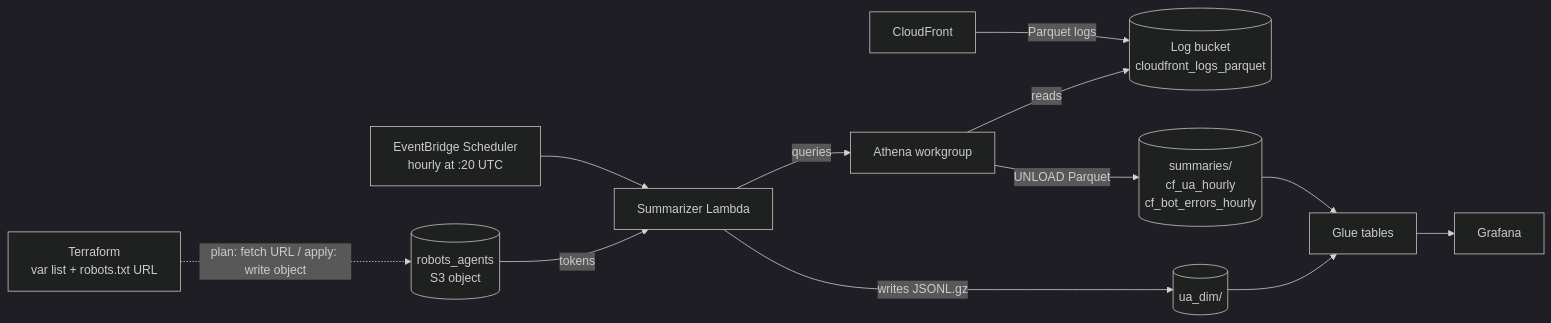
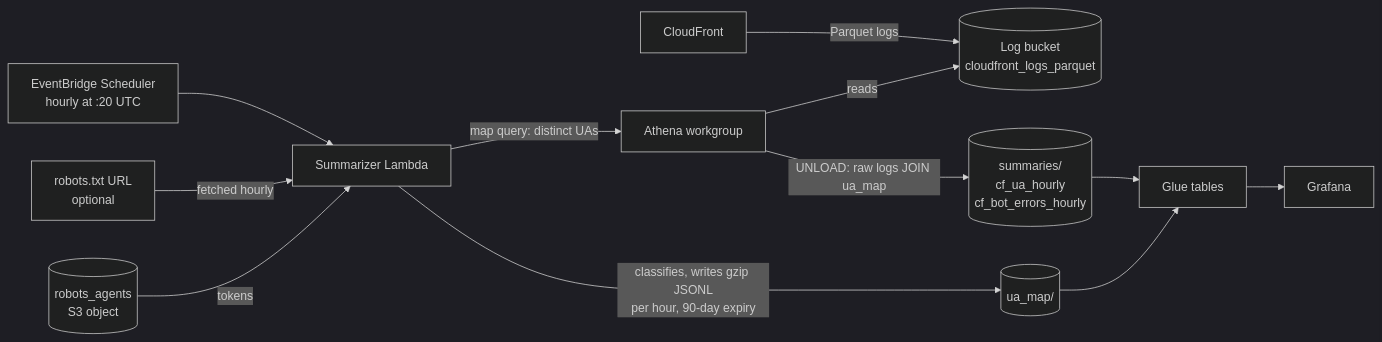
One commit to tx-pts-dai/terraform-aws-cloudfront-logs-analyzer changed the second of 2 diagrams in README.md. Above: the diagram before and after it, drawn with Mermaid (dark theme). The commit also changed other lines of this file and 9 other files, not shown here.

````diff
--- a/README.md
+++ b/README.md
@@ -182,14 +183,14 @@
 ```mermaid
 flowchart LR
   CF[CloudFront] -->|Parquet logs| Logs[(Log bucket<br>cloudfront_logs_parquet)]
   Sched[EventBridge Scheduler<br>hourly at :20 UTC] --> Fn[Summarizer Lambda]
-  Fn -->|queries| Ath[Athena workgroup]
+  Web[robots.txt URL<br>optional] -->|fetched hourly| Fn
+  Robots[(robots_agents<br>S3 object)] -->|tokens| Fn
+  Fn -->|map query: distinct UAs| Ath[Athena workgroup]
   Ath -->|reads| Logs
-  Robots[(robots_agents<br>S3 object)] -->|tokens| Fn
-  TF[Terraform<br>var list + robots.txt URL] -.->|plan: fetch URL / apply: write object| Robots
-  Fn -->|writes JSONL.gz| UA[(ua_dim/)]
-  Ath -->|UNLOAD Parquet| Sum[(summaries/<br>cf_ua_hourly<br>cf_bot_errors_hourly)]
-  UA --> Glue[Glue tables]
+  Fn -->|classifies, writes gzip JSONL<br>per hour, 90-day expiry| Map[(ua_map/)]
+  Ath -->|UNLOAD: raw logs JOIN ua_map| Sum[(summaries/<br>cf_ua_hourly<br>cf_bot_errors_hourly)]
+  Map --> Glue[Glue tables]
   Sum --> Glue
   Glue --> Graf[Grafana]
 ```
````
